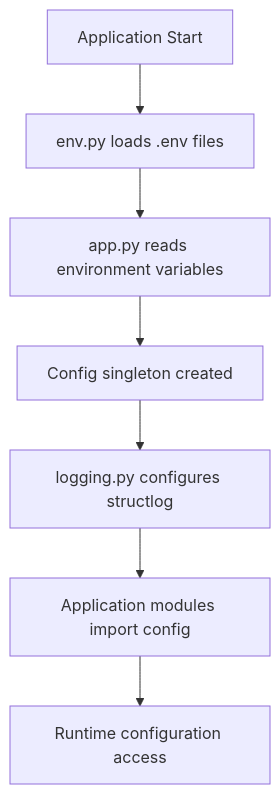
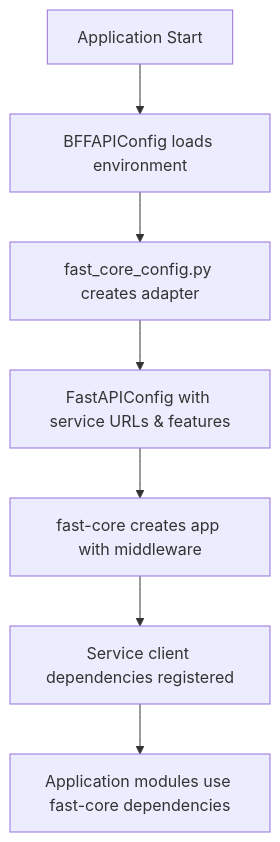
One commit to ptranalex/next_watch changed the diagram in apps/bff-api/src/bff_api/config/README.md. Above: the diagram before and after it, drawn with Mermaid. The commit also changed other lines of this file and 54 other files, not shown here.

Commit message:
bff api integrate with fast core

````diff
--- a/apps/bff-api/src/bff_api/config/README.md
+++ b/apps/bff-api/src/bff_api/config/README.md
@@ -46,9 +36,9 @@
 ```mermaid
 graph TD
-    A[Application Start] --> B[env.py loads .env files]
-    B --> C[app.py reads environment variables]
-    C --> D[Config singleton created]
-    D --> E[logging.py configures structlog]
-    E --> F[Application modules import config]
-    F --> G[Runtime configuration access]
+    A[Application Start] --> B[BFFAPIConfig loads environment]
+    B --> C[fast_core_config.py creates adapter]
+    C --> D[FastAPIConfig with service URLs & features]
+    D --> E[fast-core creates app with middleware]
+    E --> F[Service client dependencies registered]
+    F --> G[Application modules use fast-core dependencies]
 ```
````
